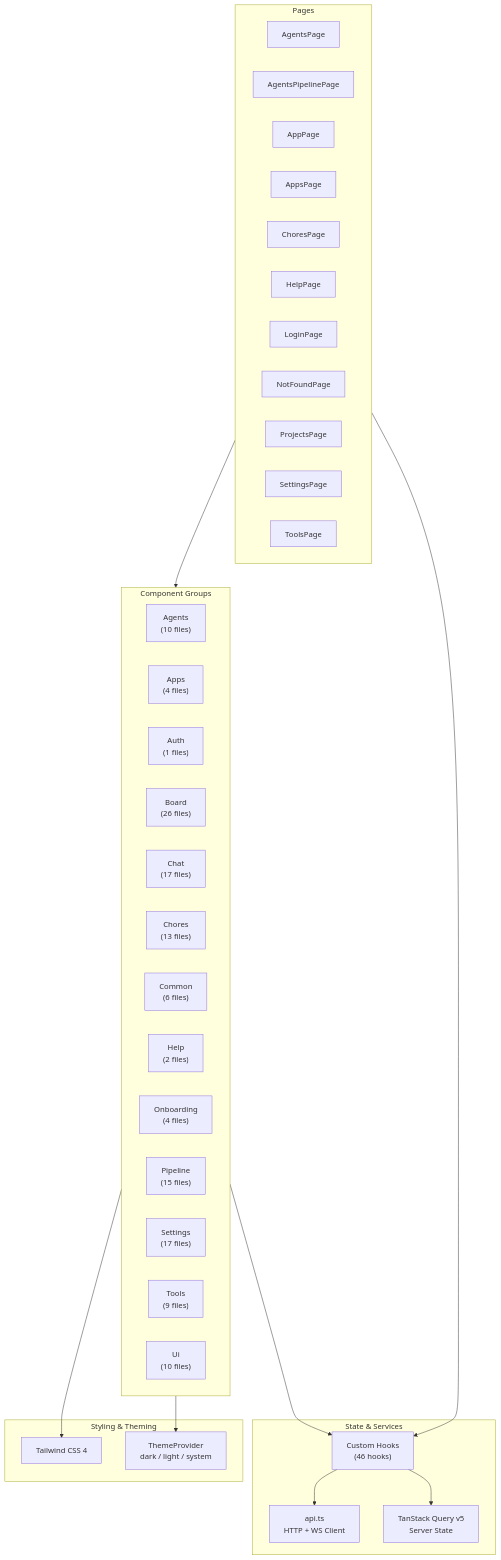
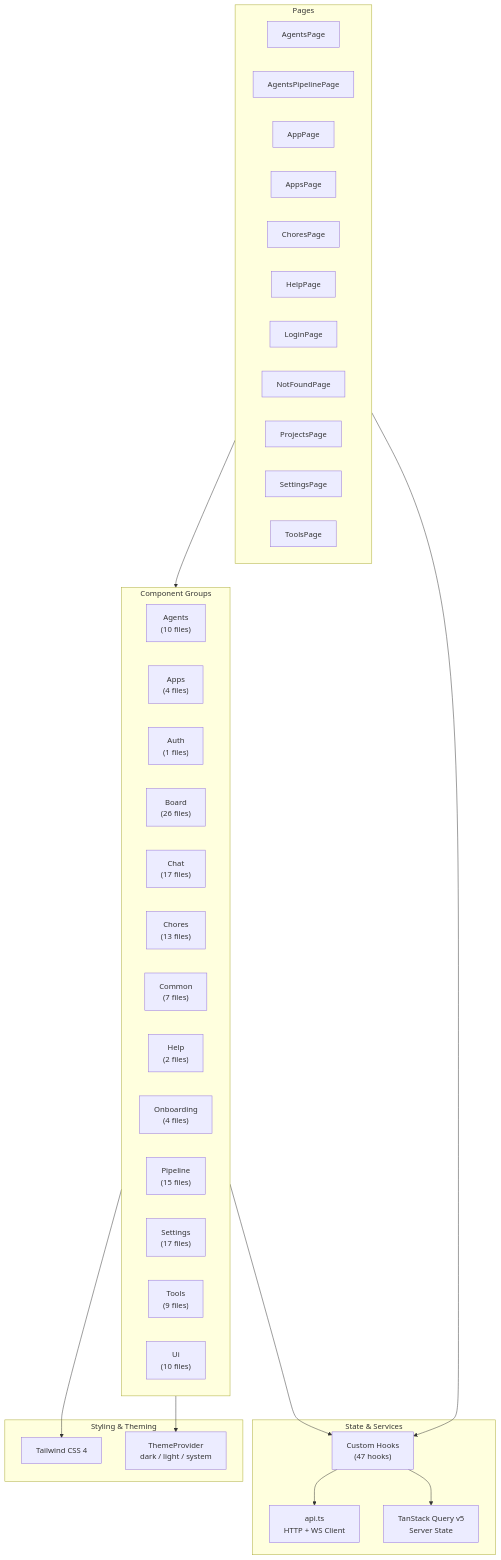
Before and after one commit to Boykai/github-workflows: the diagram in solune/docs/architectures/frontend-components.mmd, drawn with Mermaid. The commit also changed 22 other files, not shown here.

```diff
--- a/solune/docs/architectures/frontend-components.mmd
+++ b/solune/docs/architectures/frontend-components.mmd
@@ -1,49 +1,49 @@
 graph TB
     subgraph Pages["Pages"]
         P_0["AgentsPage"]
         P_1["AgentsPipelinePage"]
         P_2["AppPage"]
         P_3["AppsPage"]
         P_4["ChoresPage"]
         P_5["HelpPage"]
         P_6["LoginPage"]
         P_7["NotFoundPage"]
         P_8["ProjectsPage"]
         P_9["SettingsPage"]
         P_10["ToolsPage"]
     end
 
     subgraph Components["Component Groups"]
         C_0["Agents<br/>(10 files)"]
         C_1["Apps<br/>(4 files)"]
         C_2["Auth<br/>(1 files)"]
         C_3["Board<br/>(26 files)"]
         C_4["Chat<br/>(17 files)"]
         C_5["Chores<br/>(13 files)"]
-        C_6["Common<br/>(6 files)"]
+        C_6["Common<br/>(7 files)"]
         C_7["Help<br/>(2 files)"]
         C_8["Onboarding<br/>(4 files)"]
         C_9["Pipeline<br/>(15 files)"]
         C_10["Settings<br/>(17 files)"]
         C_11["Tools<br/>(9 files)"]
         C_12["Ui<br/>(10 files)"]
     end
 
     subgraph State["State & Services"]
-        Hooks["Custom Hooks<br/>(46 hooks)"]
+        Hooks["Custom Hooks<br/>(47 hooks)"]
         API["api.ts<br/>HTTP + WS Client"]
         TQ["TanStack Query v5<br/>Server State"]
     end
 
     subgraph Styling["Styling & Theming"]
         TW["Tailwind CSS 4"]
         Theme["ThemeProvider<br/>dark / light / system"]
     end
 
     Pages --> Components
     Pages --> Hooks
     Components --> Hooks
     Hooks --> API
     Hooks --> TQ
     Components --> TW
     Components --> Theme
```
